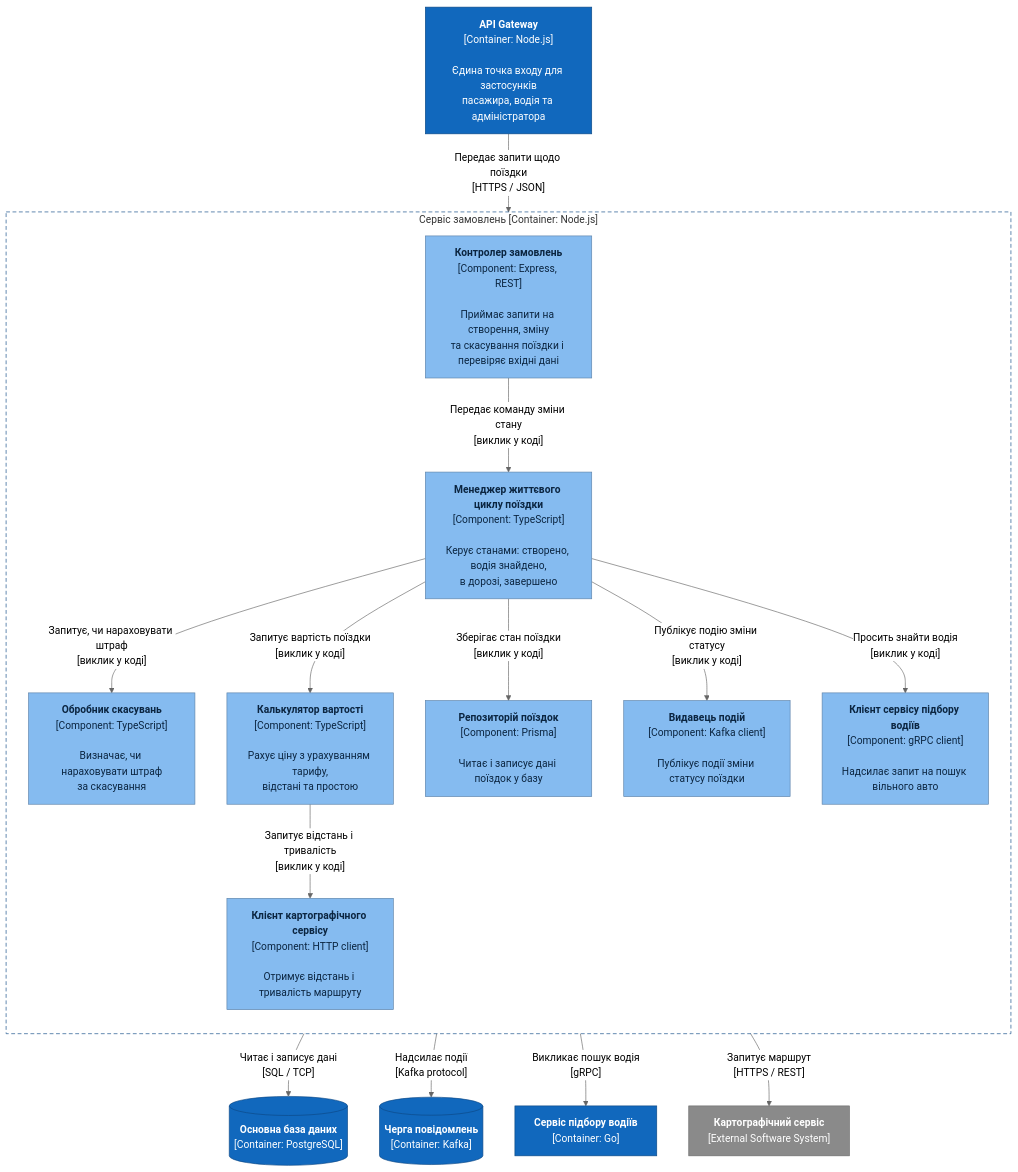
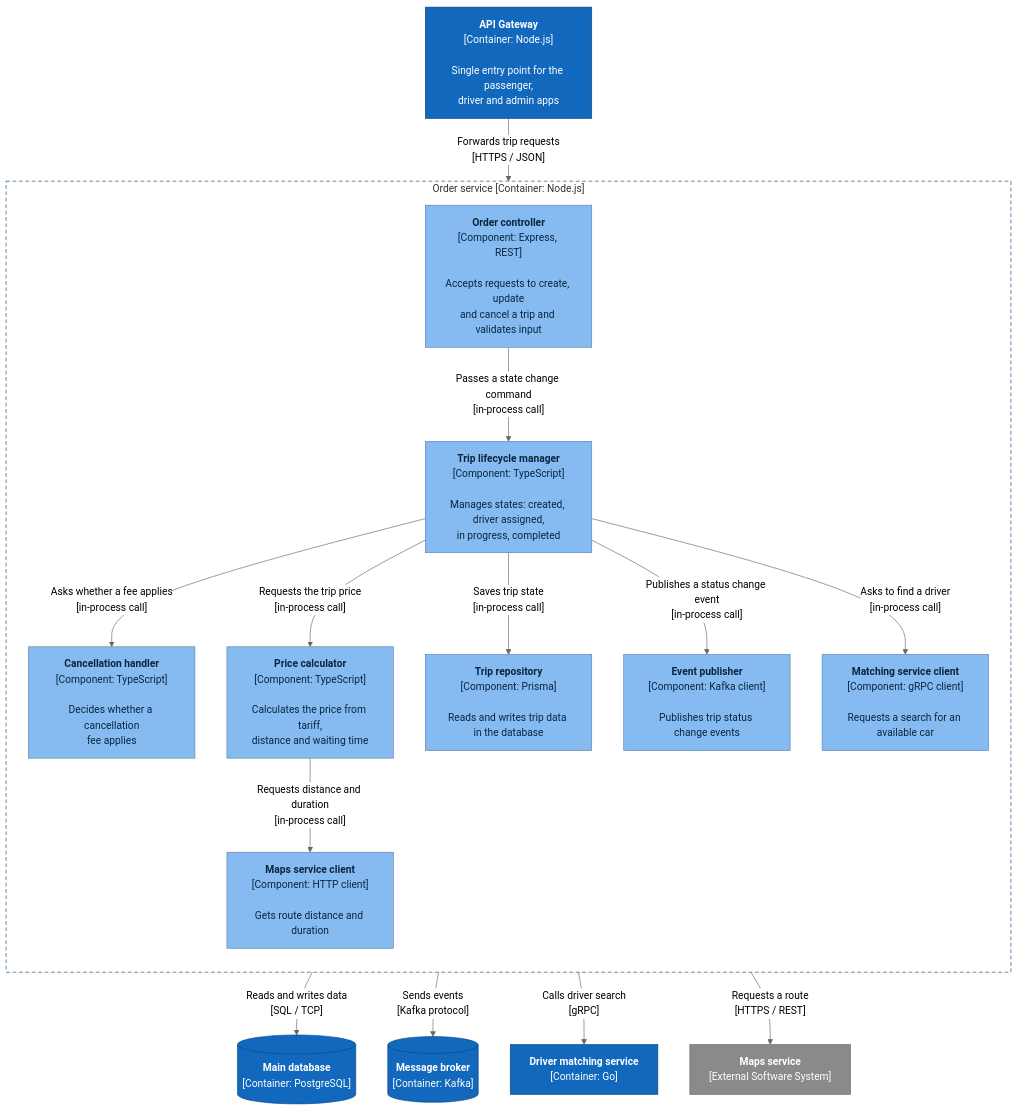
Before and after one commit to mineo71/taxi-app: the first of 2 diagrams in docs/architecture/c3-order-service.md, drawn with Mermaid (neutral theme). The commit also changed other lines of this file and 28 other files, not shown here.

````diff
--- a/docs/architecture/c3-order-service.md
+++ b/docs/architecture/c3-order-service.md
@@ -7,45 +7,45 @@
 ```mermaid
 flowchart TB
-  gateway["<b>API Gateway</b><br/>[Container: Node.js]<br/><br/>Єдина точка входу для застосунків<br/>пасажира, водія та адміністратора"]
+  gateway["<b>API Gateway</b><br/>[Container: Node.js]<br/><br/>Single entry point for the passenger,<br/>driver and admin apps"]
 
-  subgraph orders["Сервіс замовлень [Container: Node.js]"]
+  subgraph orders["Order service [Container: Node.js]"]
     direction TB
-    controller["<b>Контролер замовлень</b><br/>[Component: Express, REST]<br/><br/>Приймає запити на створення, зміну<br/>та скасування поїздки і перевіряє вхідні дані"]
+    controller["<b>Order controller</b><br/>[Component: Express, REST]<br/><br/>Accepts requests to create, update<br/>and cancel a trip and validates input"]
 
-    lifecycle["<b>Менеджер життєвого циклу поїздки</b><br/>[Component: TypeScript]<br/><br/>Керує станами: створено, водія знайдено,<br/>в дорозі, завершено"]
-    pricing["<b>Калькулятор вартості</b><br/>[Component: TypeScript]<br/><br/>Рахує ціну з урахуванням тарифу,<br/>відстані та простою"]
-    cancel["<b>Обробник скасувань</b><br/>[Component: TypeScript]<br/><br/>Визначає, чи нараховувати штраф<br/>за скасування"]
+    lifecycle["<b>Trip lifecycle manager</b><br/>[Component: TypeScript]<br/><br/>Manages states: created, driver assigned,<br/>in progress, completed"]
+    pricing["<b>Price calculator</b><br/>[Component: TypeScript]<br/><br/>Calculates the price from tariff,<br/>distance and waiting time"]
+    cancel["<b>Cancellation handler</b><br/>[Component: TypeScript]<br/><br/>Decides whether a cancellation<br/>fee applies"]
 
-    repo["<b>Репозиторій поїздок</b><br/>[Component: Prisma]<br/><br/>Читає і записує дані поїздок у базу"]
-    publisher["<b>Видавець подій</b><br/>[Component: Kafka client]<br/><br/>Публікує події зміни статусу поїздки"]
-    matchingClient["<b>Клієнт сервісу підбору водіїв</b><br/>[Component: gRPC client]<br/><br/>Надсилає запит на пошук вільного авто"]
-    mapsClient["<b>Клієнт картографічного сервісу</b><br/>[Component: HTTP client]<br/><br/>Отримує відстань і тривалість маршруту"]
+    repo["<b>Trip repository</b><br/>[Component: Prisma]<br/><br/>Reads and writes trip data in the database"]
+    publisher["<b>Event publisher</b><br/>[Component: Kafka client]<br/><br/>Publishes trip status change events"]
+    matchingClient["<b>Matching service client</b><br/>[Component: gRPC client]<br/><br/>Requests a search for an available car"]
+    mapsClient["<b>Maps service client</b><br/>[Component: HTTP client]<br/><br/>Gets route distance and duration"]
   end
 
-  db[("<b>Основна база даних</b><br/>[Container: PostgreSQL]")]
-  kafka[("<b>Черга повідомлень</b><br/>[Container: Kafka]")]
-  matching["<b>Сервіс підбору водіїв</b><br/>[Container: Go]"]
-  maps["<b>Картографічний сервіс</b><br/>[External Software System]"]
+  db[("<b>Main database</b><br/>[Container: PostgreSQL]")]
+  kafka[("<b>Message broker</b><br/>[Container: Kafka]")]
+  matching["<b>Driver matching service</b><br/>[Container: Go]"]
+  maps["<b>Maps service</b><br/>[External Software System]"]
 
-  gateway -- "Передає запити щодо поїздки<br/>[HTTPS / JSON]" --> controller
-  controller -- "Передає команду зміни стану<br/>[виклик у коді]" --> lifecycle
-  lifecycle -- "Запитує, чи нараховувати штраф<br/>[виклик у коді]" --> cancel
-  lifecycle -- "Запитує вартість поїздки<br/>[виклик у коді]" --> pricing
-  lifecycle -- "Зберігає стан поїздки<br/>[виклик у коді]" --> repo
-  lifecycle -- "Публікує подію зміни статусу<br/>[виклик у коді]" --> publisher
-  lifecycle -- "Просить знайти водія<br/>[виклик у коді]" --> matchingClient
-  pricing -- "Запитує відстань і тривалість<br/>[виклик у коді]" --> mapsClient
+  gateway -- "Forwards trip requests<br/>[HTTPS / JSON]" --> controller
+  controller -- "Passes a state change command<br/>[in-process call]" --> lifecycle
+  lifecycle -- "Asks whether a fee applies<br/>[in-process call]" --> cancel
+  lifecycle -- "Requests the trip price<br/>[in-process call]" --> pricing
+  lifecycle -- "Saves trip state<br/>[in-process call]" --> repo
+  lifecycle -- "Publishes a status change event<br/>[in-process call]" --> publisher
+  lifecycle -- "Asks to find a driver<br/>[in-process call]" --> matchingClient
+  pricing -- "Requests distance and duration<br/>[in-process call]" --> mapsClient
 
-  repo -- "Читає і записує дані<br/>[SQL / TCP]" --> db
-  publisher -- "Надсилає події<br/>[Kafka protocol]" --> kafka
-  matchingClient -- "Викликає пошук водія<br/>[gRPC]" --> matching
-  mapsClient -- "Запитує маршрут<br/>[HTTPS / REST]" --> maps
+  repo -- "Reads and writes data<br/>[SQL / TCP]" --> db
+  publisher -- "Sends events<br/>[Kafka protocol]" --> kafka
+  matchingClient -- "Calls driver search<br/>[gRPC]" --> matching
+  mapsClient -- "Requests a route<br/>[HTTPS / REST]" --> maps
 
   classDef component fill:#85bbf0,stroke:#5d82a8,color:#0b2540
   classDef container fill:#1168bd,stroke:#0b4884,color:#ffffff
   classDef external fill:#8a8a8a,stroke:#6b6b6b,color:#ffffff
   class controller,lifecycle,pricing,cancel,repo,publisher,matchingClient,mapsClient component
   class gateway,db,kafka,matching container
   class maps external
   style orders fill:none,stroke:#0b4884,stroke-dasharray:6 4
 ```
````
